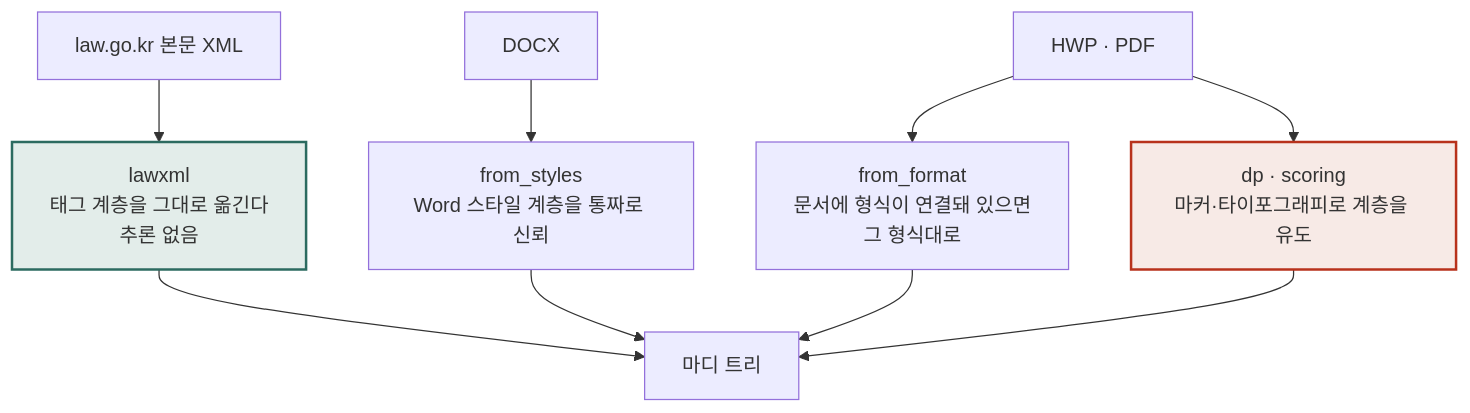
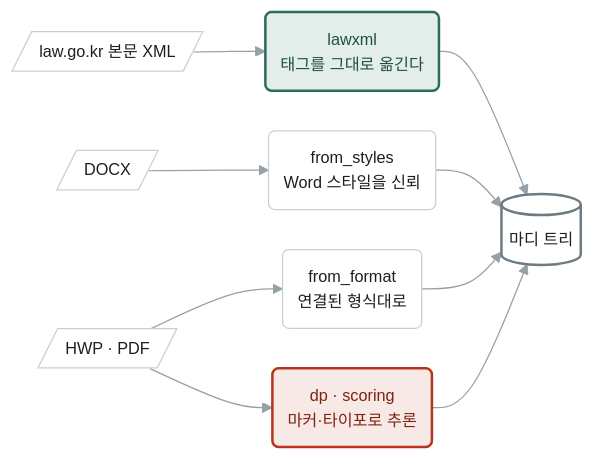
Before and after one commit to Fromson99/8agent: the first of 9 diagrams in docs/ARCH_SYSTEM.md, drawn with Mermaid. The commit also changed other lines of this file and 2 other files, not shown here.

````diff
--- a/docs/ARCH_SYSTEM.md
+++ b/docs/ARCH_SYSTEM.md
@@ -31,13 +31,15 @@
 ```mermaid
-flowchart TB
-  I1["law.go.kr 본문 XML"] --> A1["lawxml<br/>태그 계층을 그대로 옮긴다<br/>추론 없음"]
-  I2["DOCX"] --> A2["from_styles<br/>Word 스타일 계층을 통짜로 신뢰"]
-  I3["HWP · PDF"] --> A3["from_format<br/>문서에 형식이 연결돼 있으면<br/>그 형식대로"]
-  I3 --> A4["dp · scoring<br/>마커·타이포그래피로 계층을 유도"]
-  A1 --> T["마디 트리"]
+%%{init:{'theme':'base','themeVariables':{'fontFamily':'system-ui, sans-serif','fontSize':'13px','primaryColor':'#FFFFFF','primaryTextColor':'#1B1F24','primaryBorderColor':'#C7CFD3','lineColor':'#96A0A7','secondaryColor':'#F1F4F5','tertiaryColor':'#FAFBFB','clusterBkg':'#F5F8F8','clusterBorder':'#DBE1E3','edgeLabelBackground':'#FCFCFB'},'flowchart':{'curve':'basis','nodeSpacing':32,'rankSpacing':50,'padding':12}}}%%
+flowchart LR
+  X1[/"law.go.kr 본문 XML"/] --> A1("lawxml<br/>태그를 그대로 옮긴다")
+  X2[/"DOCX"/] --> A2("from_styles<br/>Word 스타일을 신뢰")
+  X3[/"HWP · PDF"/] --> A3("from_format<br/>연결된 형식대로")
+  X3 --> A4("dp · scoring<br/>마커·타이포로 추론")
+  A1 --> T[("마디 트리")]
   A2 --> T
   A3 --> T
   A4 --> T
-  style A1 fill:#E3EDEA,stroke:#2C6B60,stroke-width:2px
-  style A4 fill:#F7EAE6,stroke:#B8321C,stroke-width:2px
+  style A1 fill:#E3EDEA,stroke:#2C6B60,stroke-width:2px,color:#1E4F46
+  style A4 fill:#F7EAE6,stroke:#B8321C,stroke-width:2px,color:#7E2214
+  style T fill:#FFFFFF,stroke:#6E7A82,stroke-width:2px
 ```
````
